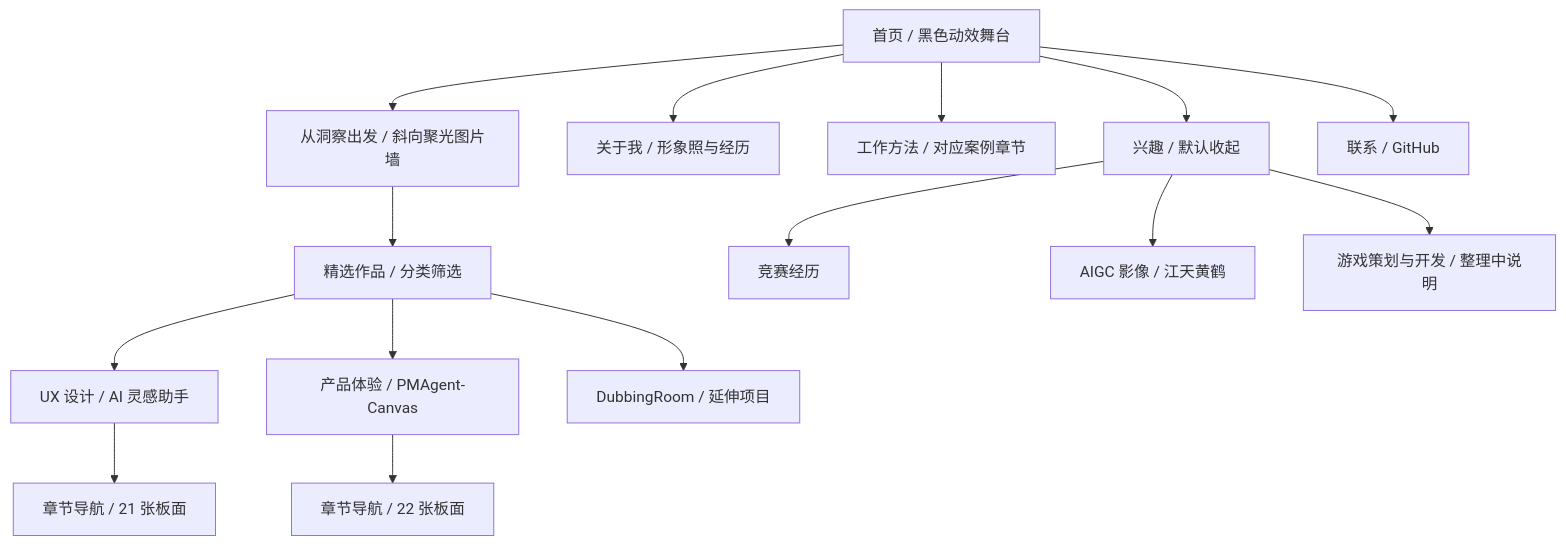
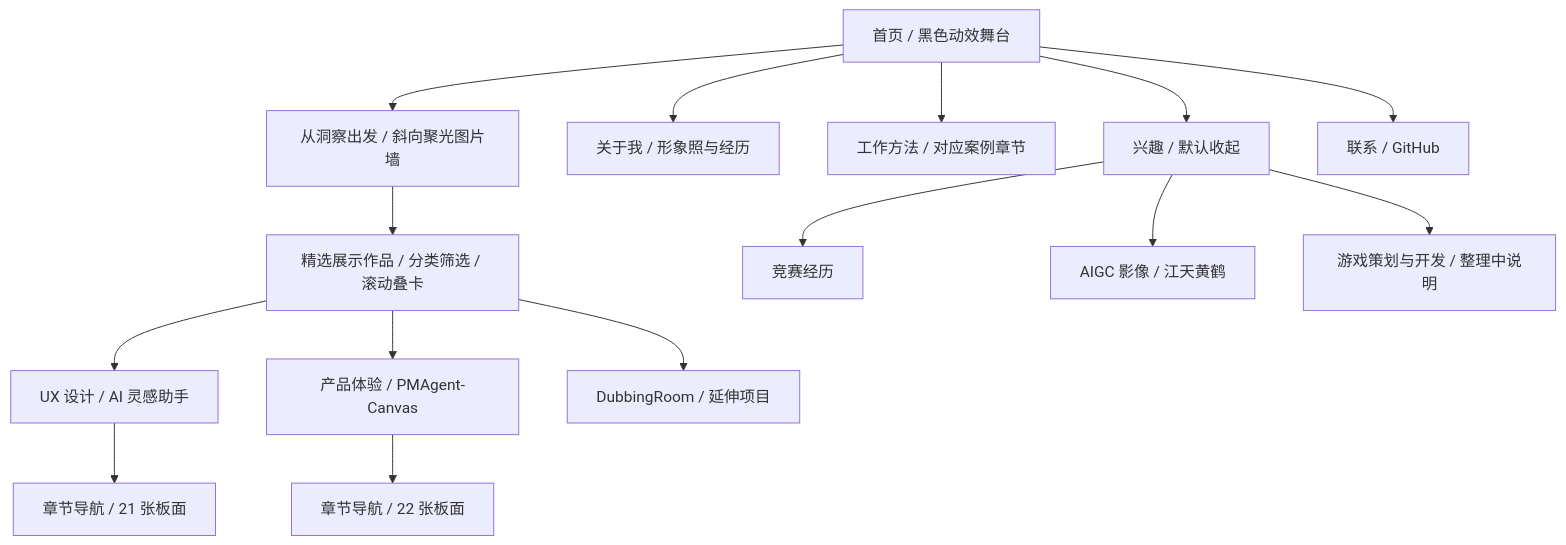
The diagram in docs/04-implementation.md (Aoye-3/VincentYang-portfolio), drawn with Mermaid before and after one commit. The commit also changed other lines of this file and 49 other files, not shown here.

````diff
--- a/docs/04-implementation.md
+++ b/docs/04-implementation.md
@@ -7,17 +13,17 @@
 ```mermaid
 flowchart TD
   H[首页 / 黑色动效舞台] --> E[从洞察出发 / 斜向聚光图片墙]
-  E --> W[精选作品 / 分类筛选]
+  E --> W[精选展示作品 / 分类筛选 / 滚动叠卡]
   W --> U[UX 设计 / AI 灵感助手]
   W --> P[产品体验 / PMAgent-Canvas]
   W --> D[DubbingRoom / 延伸项目]
   H --> A[关于我 / 形象照与经历]
   H --> M[工作方法 / 对应案例章节]
   H --> I[兴趣 / 默认收起]
   I --> C[竞赛经历]
   I --> F[AIGC 影像 / 江天黄鹤]
   I --> G[游戏策划与开发 / 整理中说明]
   H --> T[联系 / GitHub]
   U --> R[章节导航 / 21 张板面]
   P --> S[章节导航 / 22 张板面]
 ```
````
